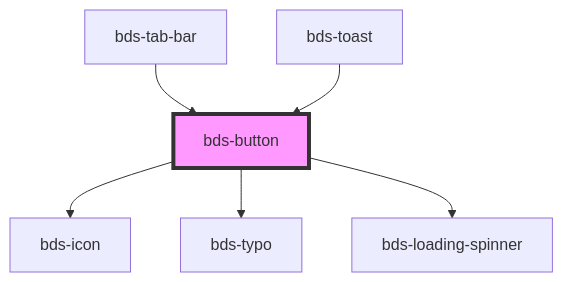
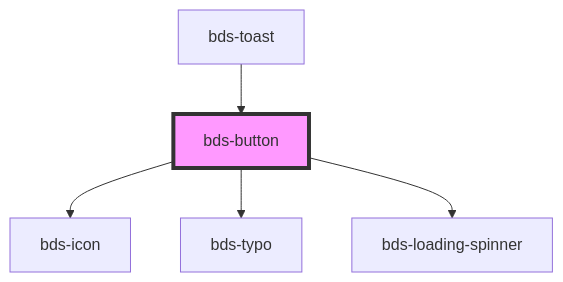
The diagram in src/components/button/readme.md (takenet/blip-ds), drawn with Mermaid before and after one commit. The commit also changed other lines of this file and 6 other files, not shown here.

````diff
--- a/src/components/button/readme.md
+++ b/src/components/button/readme.md
@@ -44,9 +43,8 @@
 ```mermaid
 graph TD;
   bds-button --> bds-icon
   bds-button --> bds-typo
   bds-button --> bds-loading-spinner
-  bds-tab-bar --> bds-button
   bds-toast --> bds-button
   style bds-button fill:#f9f,stroke:#333,stroke-width:4px
 ```
````
